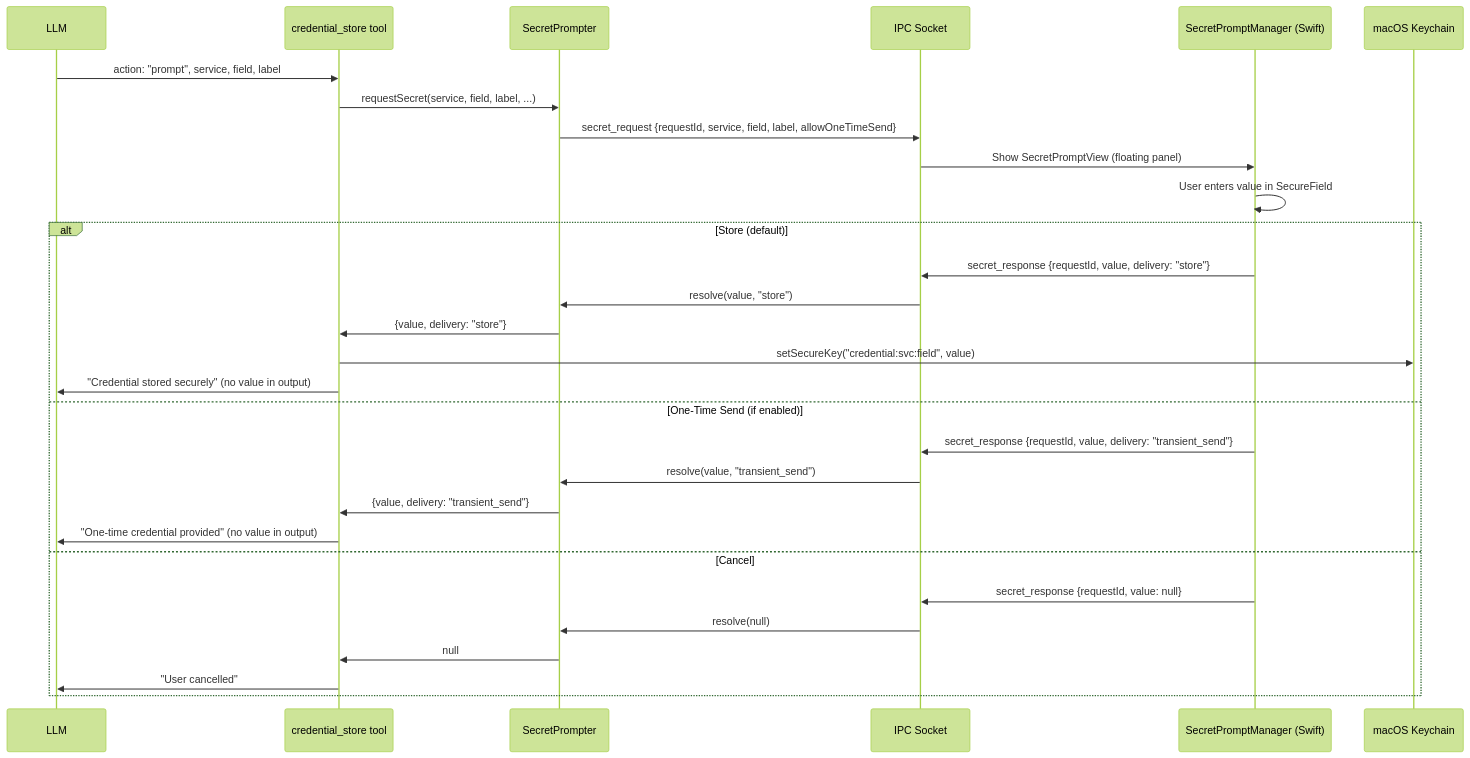
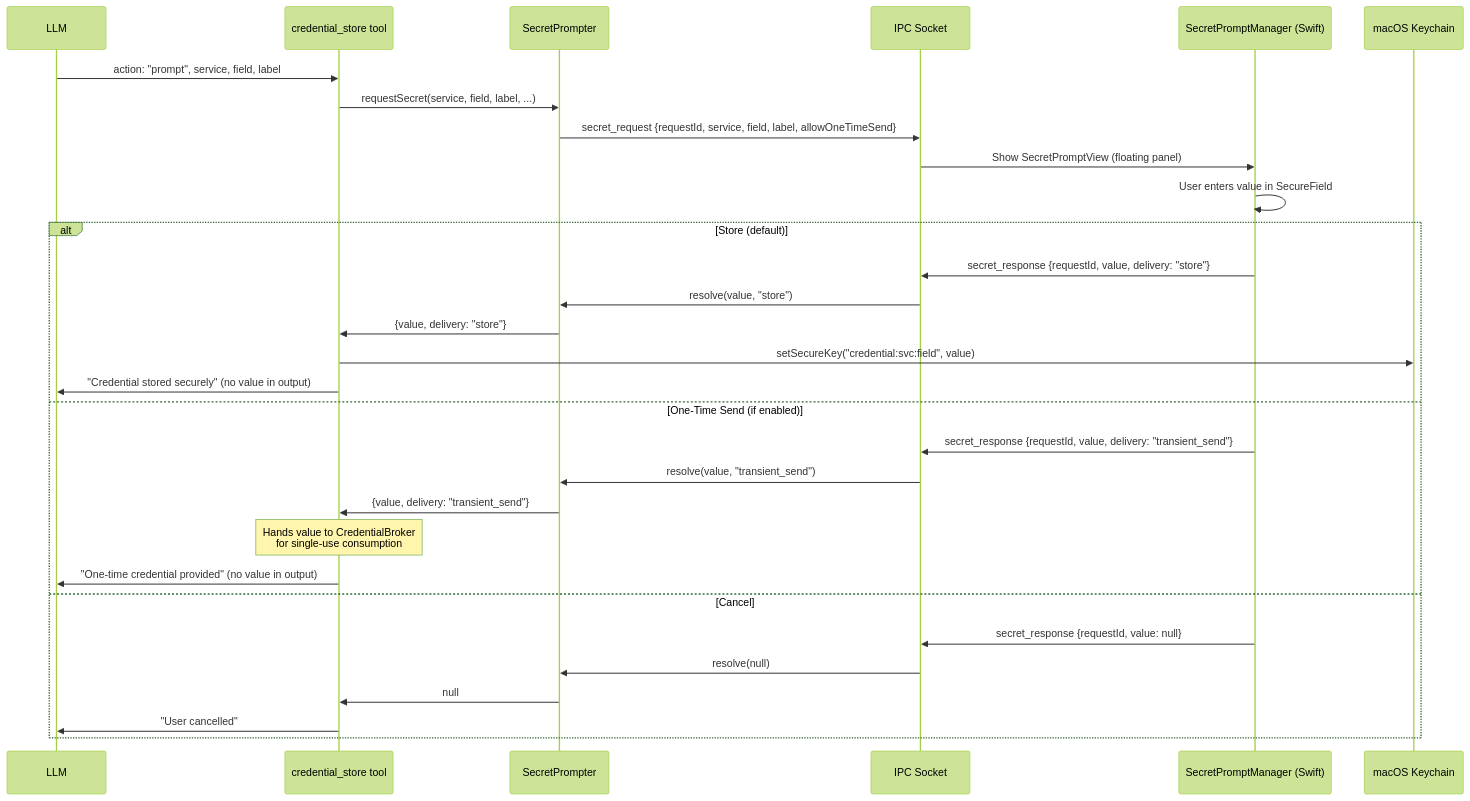
One commit to vellum-ai/vellum-assistant changed diagram 22 of 24 in ARCHITECTURE.md. Above: the diagram before and after it, drawn with Mermaid (forest theme). The commit also changed other lines of this file and 2 other files, not shown here.

First line of the commit message:
docs: address Codex review feedback on credential storage docs

````diff
--- a/ARCHITECTURE.md
+++ b/ARCHITECTURE.md
@@ -1617,32 +1617,33 @@
 ```mermaid
 sequenceDiagram
     participant Model as LLM
     participant Vault as credential_store tool
     participant Prompter as SecretPrompter
     participant IPC as IPC Socket
     participant UI as SecretPromptManager (Swift)
     participant Keychain as macOS Keychain
 
     Model->>Vault: action: "prompt", service, field, label
     Vault->>Prompter: requestSecret(service, field, label, ...)
     Prompter->>IPC: secret_request {requestId, service, field, label, allowOneTimeSend}
     IPC->>UI: Show SecretPromptView (floating panel)
     UI->>UI: User enters value in SecureField
     alt Store (default)
         UI->>IPC: secret_response {requestId, value, delivery: "store"}
         IPC->>Prompter: resolve(value, "store")
         Prompter->>Vault: {value, delivery: "store"}
         Vault->>Keychain: setSecureKey("credential:svc:field", value)
         Vault->>Model: "Credential stored securely" (no value in output)
     else One-Time Send (if enabled)
         UI->>IPC: secret_response {requestId, value, delivery: "transient_send"}
         IPC->>Prompter: resolve(value, "transient_send")
         Prompter->>Vault: {value, delivery: "transient_send"}
+        Note over Vault: Hands value to CredentialBroker<br/>for single-use consumption
         Vault->>Model: "One-time credential provided" (no value in output)
     else Cancel
         UI->>IPC: secret_response {requestId, value: null}
         IPC->>Prompter: resolve(null)
         Prompter->>Vault: null
         Vault->>Model: "User cancelled"
     end
 ```
````
